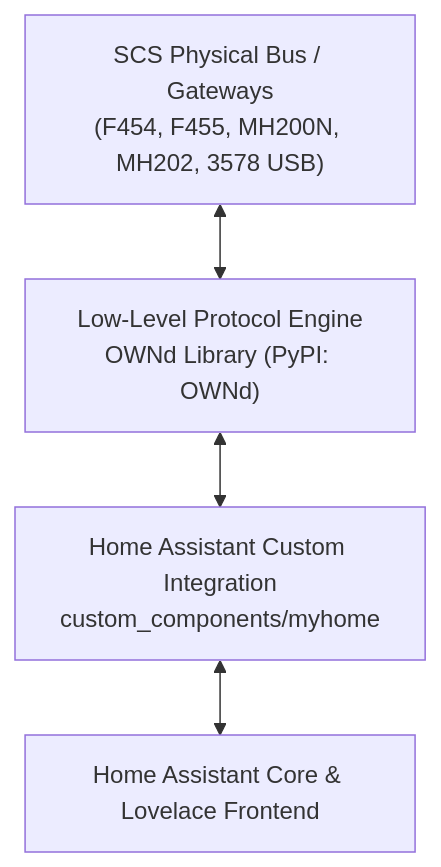
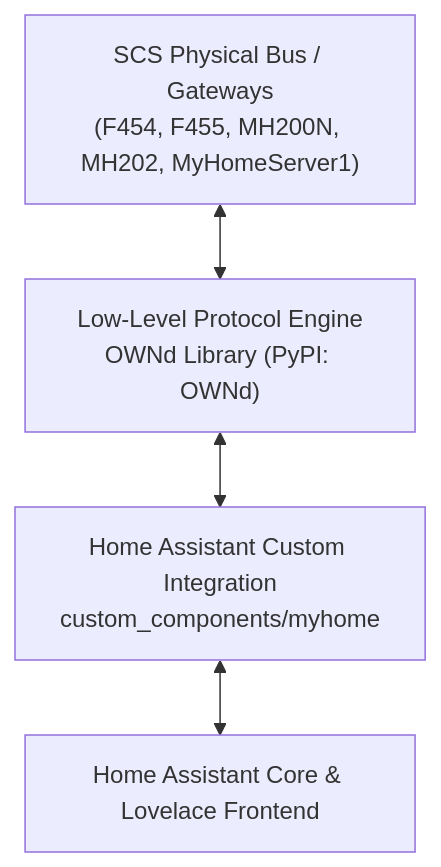
The first of 2 diagrams in CONTRIBUTING.md (OpenWebNet-HA/MyHOME), drawn with Mermaid before and after one commit. The commit also changed other lines of this file and 49 other files, not shown here.

````diff
--- a/CONTRIBUTING.md
+++ b/CONTRIBUTING.md
@@ -28,6 +28,6 @@
 ```mermaid
 graph TD
-    A["SCS Physical Bus / Gateways<br>(F454, F455, MH200N, MH202, 3578 USB)"] <--> B["Low-Level Protocol Engine<br>OWNd Library (PyPI: OWNd)"]
+    A["SCS Physical Bus / Gateways<br>(F454, F455, MH200N, MH202, MyHomeServer1)"] <--> B["Low-Level Protocol Engine<br>OWNd Library (PyPI: OWNd)"]
     B <--> C["Home Assistant Custom Integration<br>custom_components/myhome"]
     C <--> D["Home Assistant Core & Lovelace Frontend"]
 ```
````
